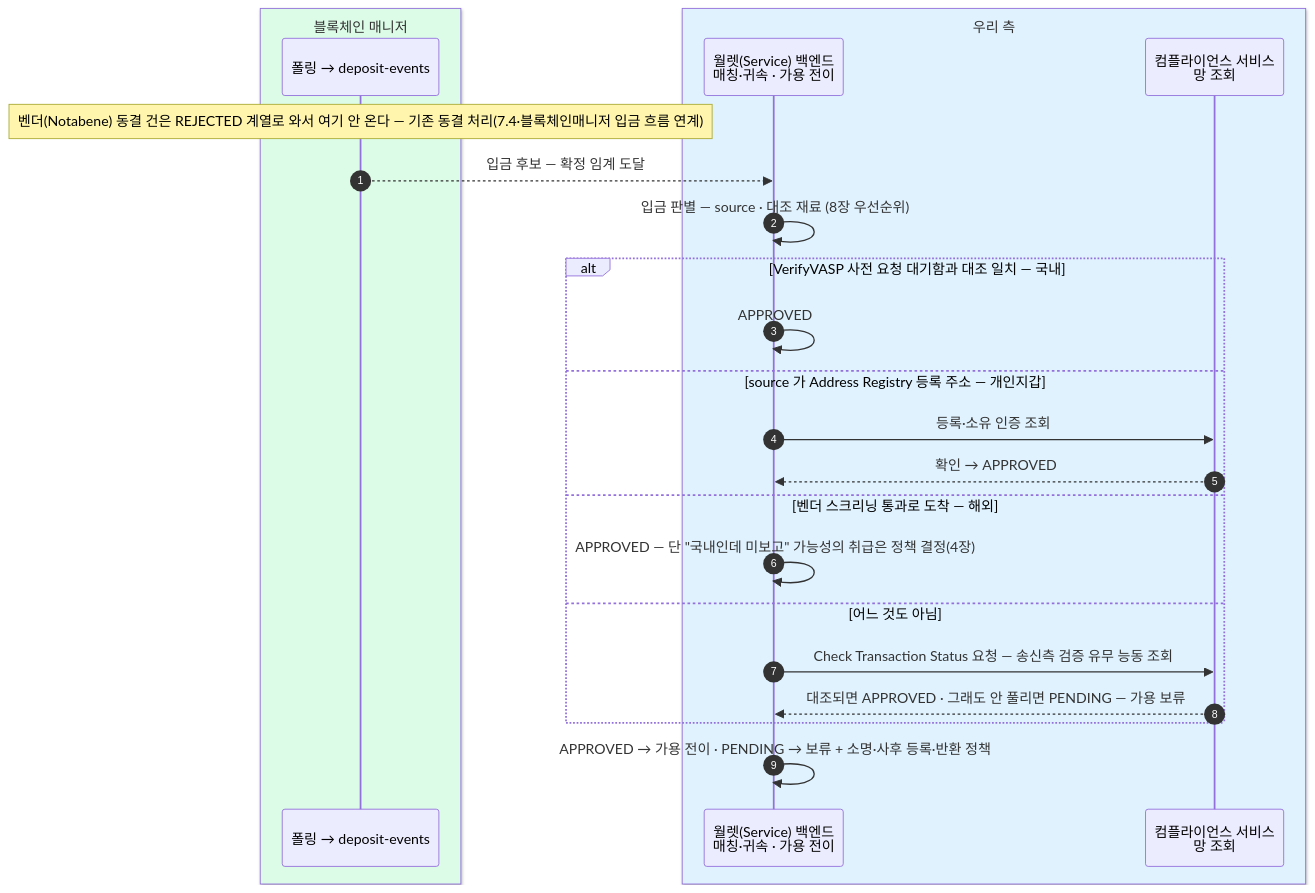
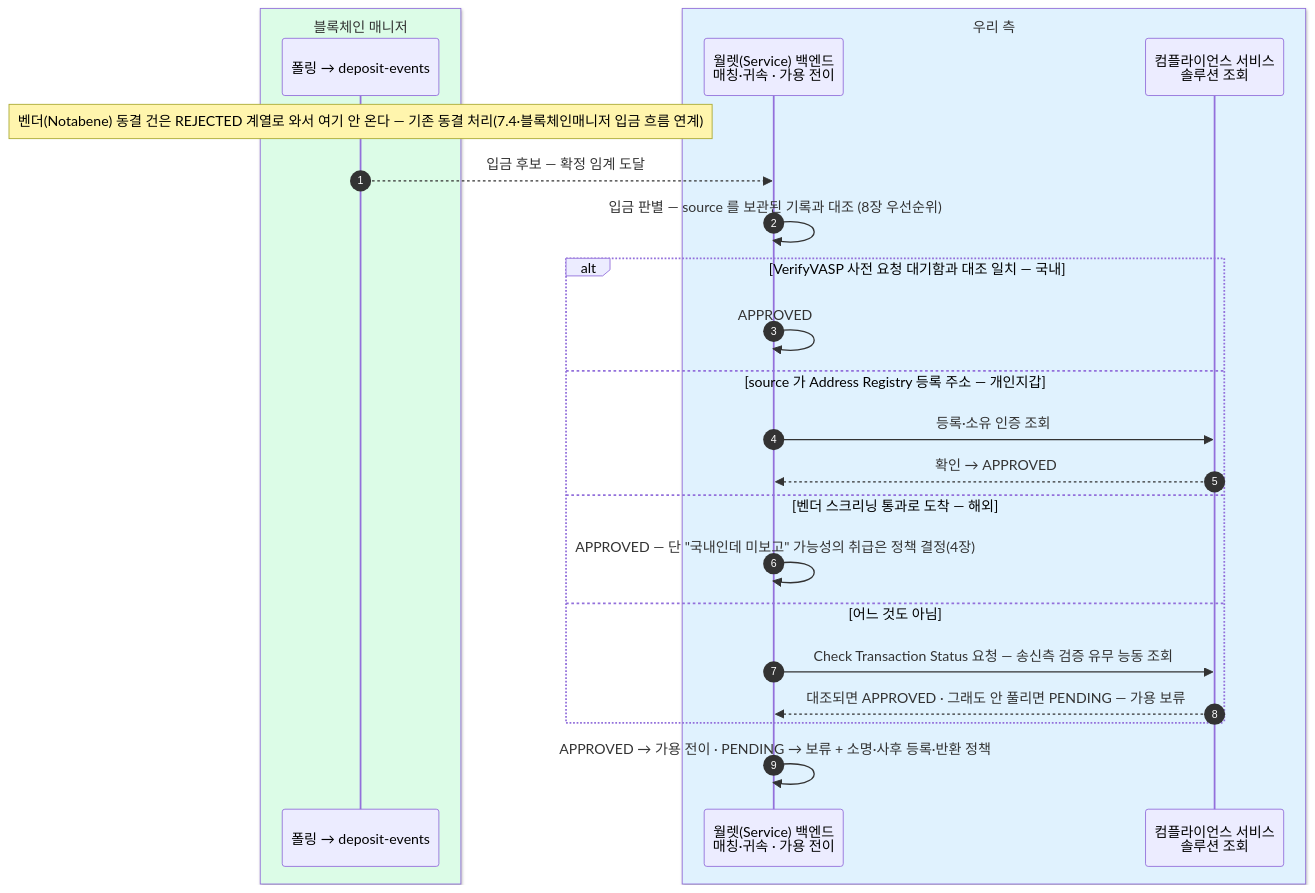
Before and after one commit to eunsujeo/eunpus: the fifth of 11 diagrams in blockchain-manager/docs/트래블룰/설계/07-scenarios.md, drawn with Mermaid. The commit also changed other lines of this file and 26 other files, not shown here.

````diff
--- a/blockchain-manager/docs/트래블룰/설계/07-scenarios.md
+++ b/blockchain-manager/docs/트래블룰/설계/07-scenarios.md
@@ -228,27 +228,27 @@
 ```mermaid
 sequenceDiagram
     autonumber
     box rgb(220,252,231) 블록체인 매니저
     participant BM as 폴링 → deposit-events
     end
     box rgb(224,242,254) 우리 측
     participant BE as 월렛(Service) 백엔드<br/>매칭·귀속 · 가용 전이
-    participant GT as 컴플라이언스 서비스<br/>망 조회
+    participant GT as 컴플라이언스 서비스<br/>솔루션 조회
     end
 
     Note over BM: 벤더(Notabene) 동결 건은 REJECTED 계열로 와서 여기 안 온다 — 기존 동결 처리(7.4·블록체인매니저 입금 흐름 연계)
     BM-->>BE: 입금 후보 — 확정 임계 도달
-    BE->>BE: 입금 판별 — source · 대조 재료 (8장 우선순위)
+    BE->>BE: 입금 판별 — source 를 보관된 기록과 대조 (8장 우선순위)
     alt VerifyVASP 사전 요청 대기함과 대조 일치 — 국내
         BE->>BE: APPROVED
     else source 가 Address Registry 등록 주소 — 개인지갑
         BE->>GT: 등록·소유 인증 조회
         GT-->>BE: 확인 → APPROVED
     else 벤더 스크리닝 통과로 도착 — 해외
         BE->>BE: APPROVED — 단 "국내인데 미보고" 가능성의 취급은 정책 결정(4장)
     else 어느 것도 아님
         BE->>GT: Check Transaction Status 요청 — 송신측 검증 유무 능동 조회
         GT-->>BE: 대조되면 APPROVED · 그래도 안 풀리면 PENDING — 가용 보류
     end
     BE->>BE: APPROVED → 가용 전이 · PENDING → 보류 + 소명·사후 등록·반환 정책
 ```
````
